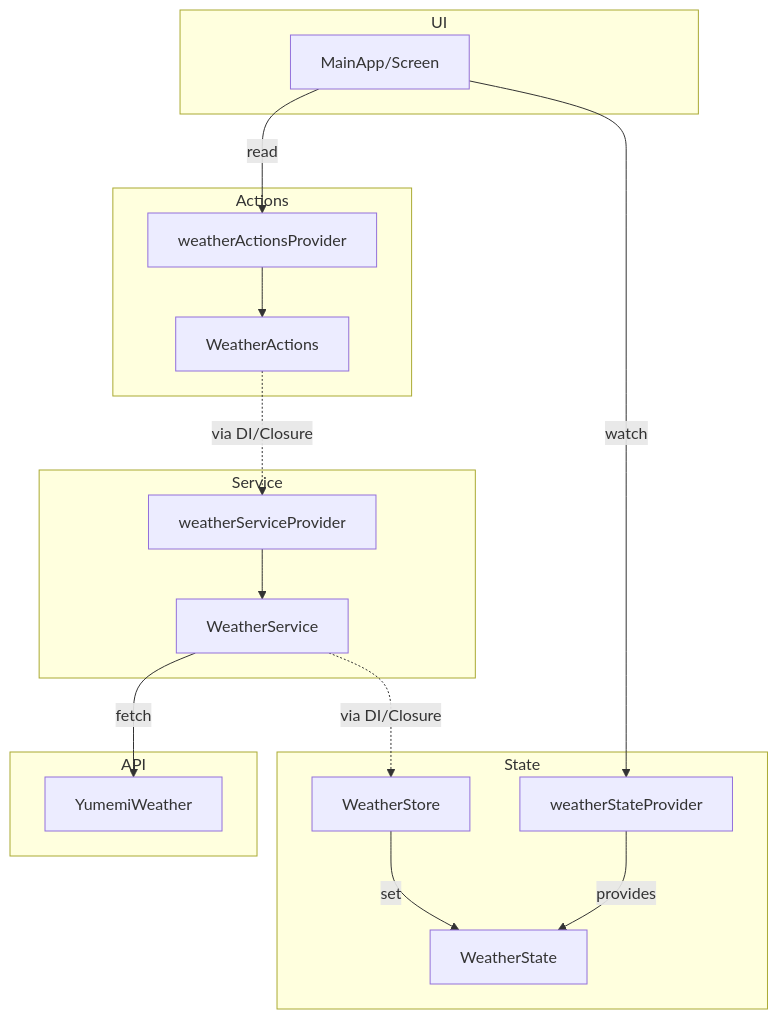
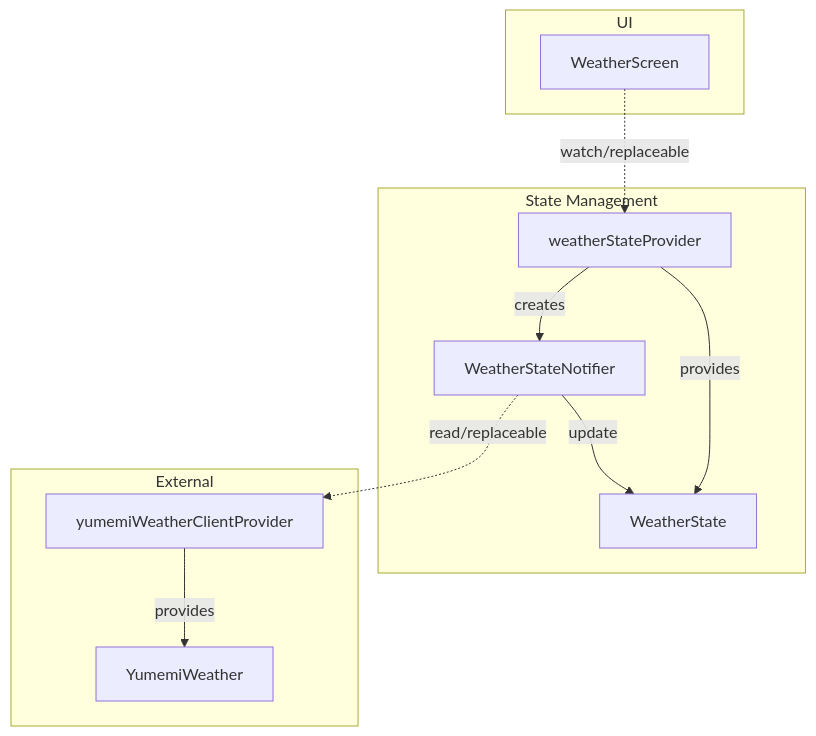
The first of 2 diagrams in ARCHITECTURE.md (Ryosuke1025/flutter-training), drawn with Mermaid before and after one commit. The commit also changed other lines of this file and 18 other files, not shown here.

Commit message:
Change Architecture of Code

````diff
--- a/ARCHITECTURE.md
+++ b/ARCHITECTURE.md
@@ -2,37 +2,25 @@
 ```mermaid
 flowchart TD
   subgraph UI
-    M[MainApp/Screen]
+    M[WeatherScreen]
   end
 
-  subgraph State
+  subgraph State Management
     S[weatherStateProvider]
-    WS[WeatherStore]
+    WN[WeatherStateNotifier]
     ST[WeatherState]
   end
 
-  subgraph Service
-    P[weatherServiceProvider]
-    W[WeatherService]
-  end
-
-  subgraph Actions
-    AP[weatherActionsProvider]
-    A[WeatherActions]
-  end
-
-  subgraph API
+  subgraph External
+    YP[yumemiWeatherClientProvider]
     YW[YumemiWeather]
   end
 
-  M -->|read| AP
-  AP --> A
-  A -.->|via DI/Closure| P
-  P --> W
-  W -.->|via DI/Closure| WS
-  W -->|fetch| YW
-  WS -->|set| ST
+  M -.->|watch/replaceable| S
   S -->|provides| ST
-  M -->|watch| S
+  S -->|creates| WN
+  WN -.->|read/replaceable| YP
+  YP -->|provides| YW
+  WN -->|update| ST
 
 ```
````
